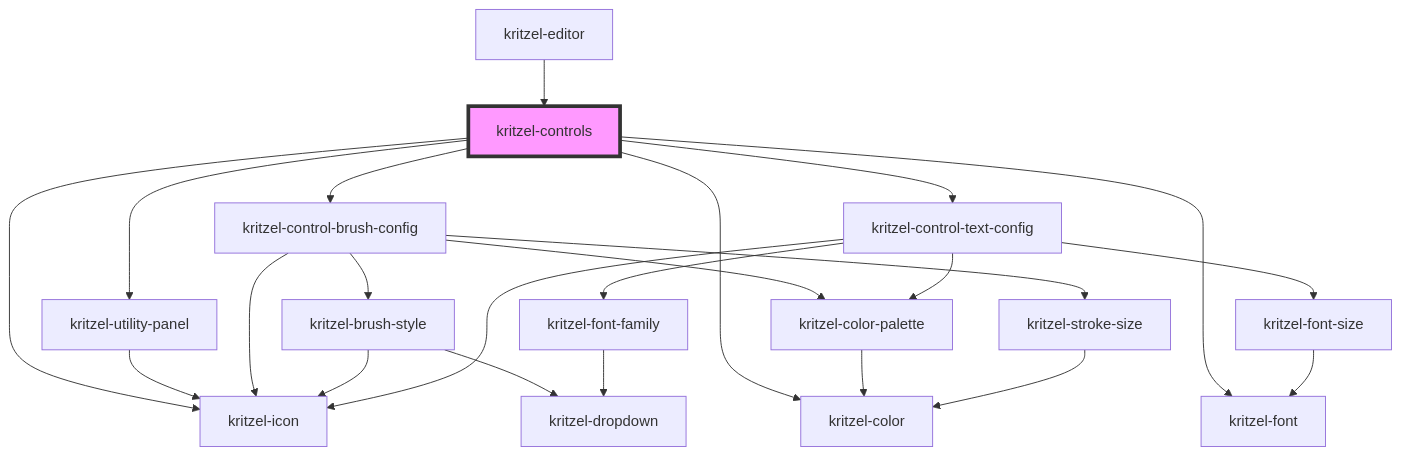
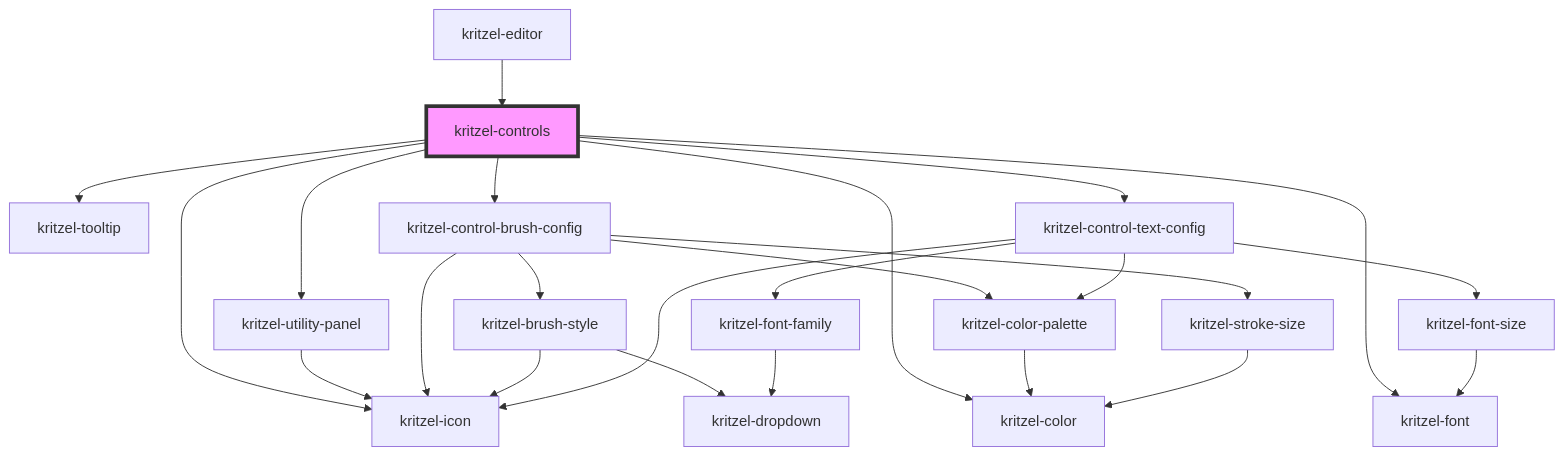
Before and after one commit to kasual1/kritzel: the diagram in packages/libs/kritzel-stencil/src/components/ui/kritzel-controls/readme.md, drawn with Mermaid. The commit also changed other lines of this file and 21 other files, not shown here.

````diff
--- a/packages/libs/kritzel-stencil/src/components/ui/kritzel-controls/readme.md
+++ b/packages/libs/kritzel-stencil/src/components/ui/kritzel-controls/readme.md
@@ -32,26 +33,27 @@
 ```mermaid
 graph TD;
   kritzel-controls --> kritzel-utility-panel
   kritzel-controls --> kritzel-icon
+  kritzel-controls --> kritzel-tooltip
   kritzel-controls --> kritzel-control-brush-config
   kritzel-controls --> kritzel-control-text-config
   kritzel-controls --> kritzel-color
   kritzel-controls --> kritzel-font
   kritzel-utility-panel --> kritzel-icon
   kritzel-control-brush-config --> kritzel-brush-style
   kritzel-control-brush-config --> kritzel-icon
   kritzel-control-brush-config --> kritzel-color-palette
   kritzel-control-brush-config --> kritzel-stroke-size
   kritzel-brush-style --> kritzel-dropdown
   kritzel-brush-style --> kritzel-icon
   kritzel-color-palette --> kritzel-color
   kritzel-stroke-size --> kritzel-color
   kritzel-control-text-config --> kritzel-font-family
   kritzel-control-text-config --> kritzel-icon
   kritzel-control-text-config --> kritzel-color-palette
   kritzel-control-text-config --> kritzel-font-size
   kritzel-font-family --> kritzel-dropdown
   kritzel-font-size --> kritzel-font
   kritzel-editor --> kritzel-controls
   style kritzel-controls fill:#f9f,stroke:#333,stroke-width:4px
 ```
````
